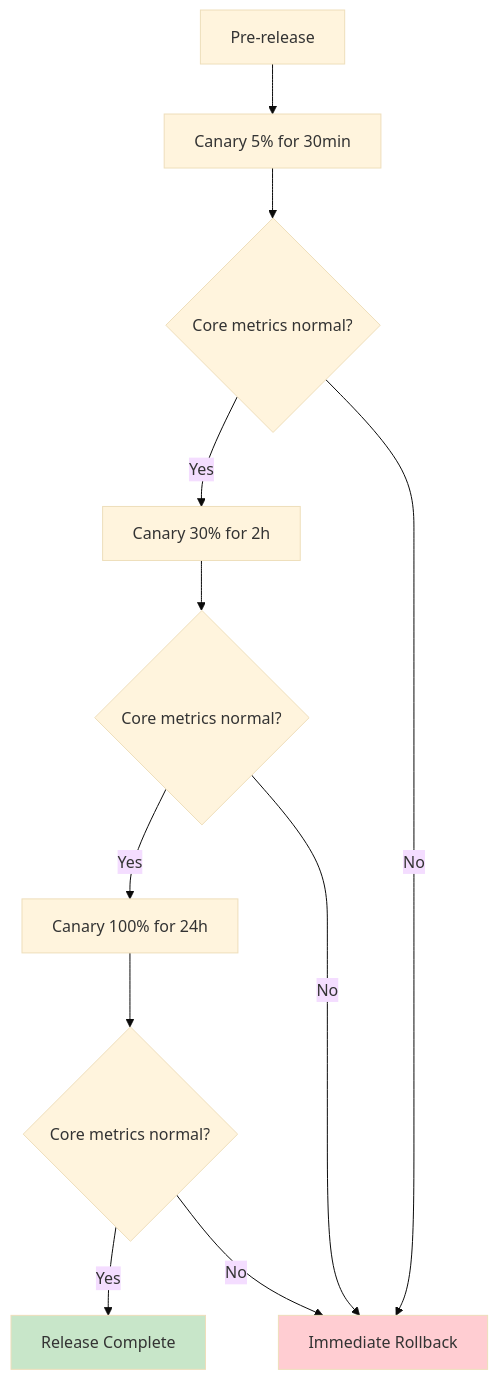
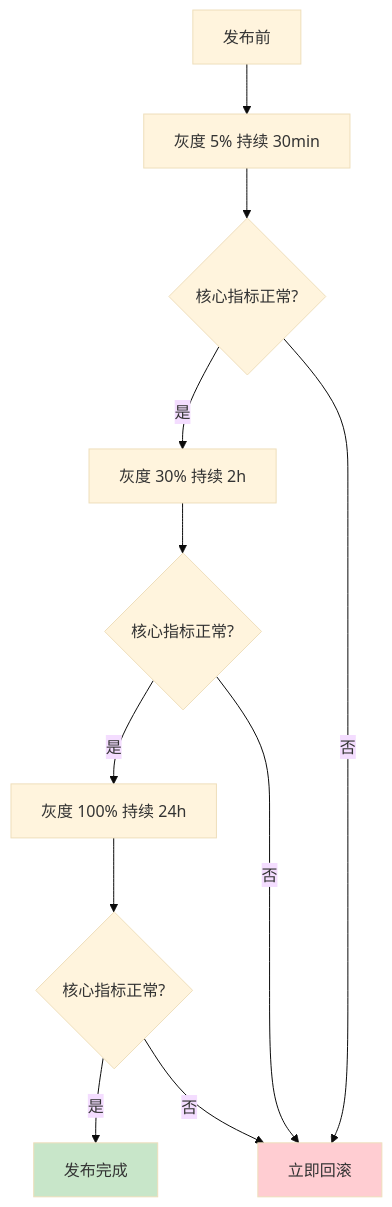
One commit to Kirky-X/cangjie changed the third of 3 diagrams in templates/Product/Retirement/Template-Retrospective.md. Above: the diagram before and after it, drawn with Mermaid (base theme). The commit also changed other lines of this file and 33 other files, not shown here.

````diff
--- a/templates/Product/Retirement/Template-Retrospective.md
+++ b/templates/Product/Retirement/Template-Retrospective.md
@@ -285,15 +285,15 @@
 ```mermaid
 flowchart TD
-    A[Pre-release] --> B[Canary 5% for 30min]
-    B --> C{Core metrics normal?}
-    C -->|Yes| D[Canary 30% for 2h]
-    C -->|No| Z[Immediate Rollback]
-    D --> E{Core metrics normal?}
-    E -->|Yes| F[Canary 100% for 24h]
-    E -->|No| Z
-    F --> G{Core metrics normal?}
-    G -->|Yes| H[Release Complete]
-    G -->|No| Z
+    A[发布前] --> B[灰度 5% 持续 30min]
+    B --> C{核心指标正常?}
+    C -->|是| D[灰度 30% 持续 2h]
+    C -->|否| Z[立即回滚]
+    D --> E{核心指标正常?}
+    E -->|是| F[灰度 100% 持续 24h]
+    E -->|否| Z
+    F --> G{核心指标正常?}
+    G -->|是| H[发布完成]
+    G -->|否| Z
     style Z fill:#ffcdd2
     style H fill:#c8e6c9
 ```
````
